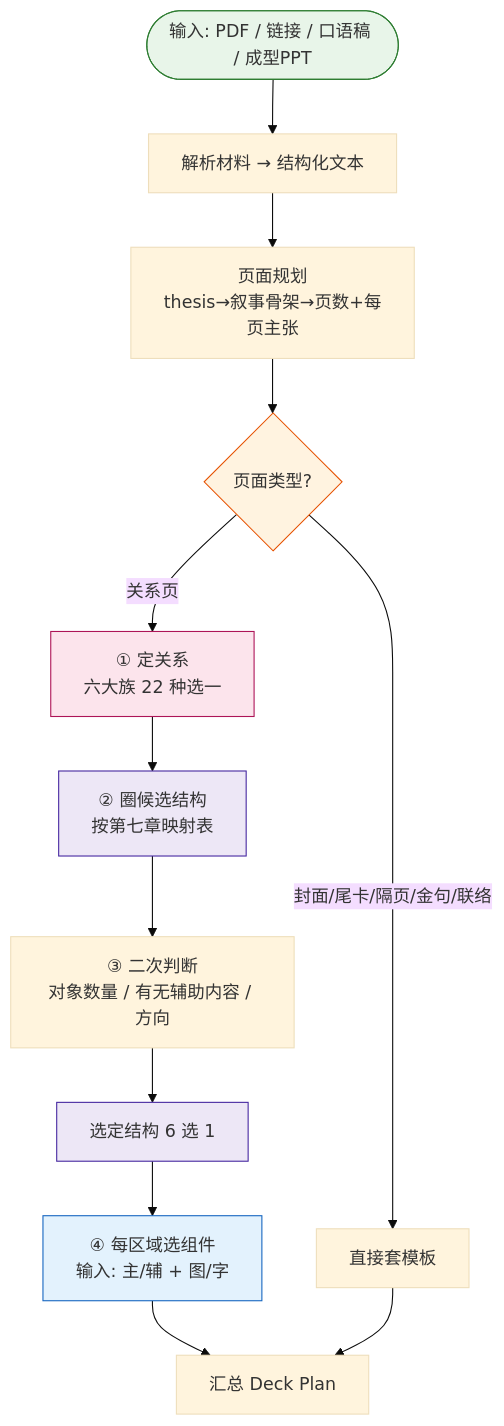
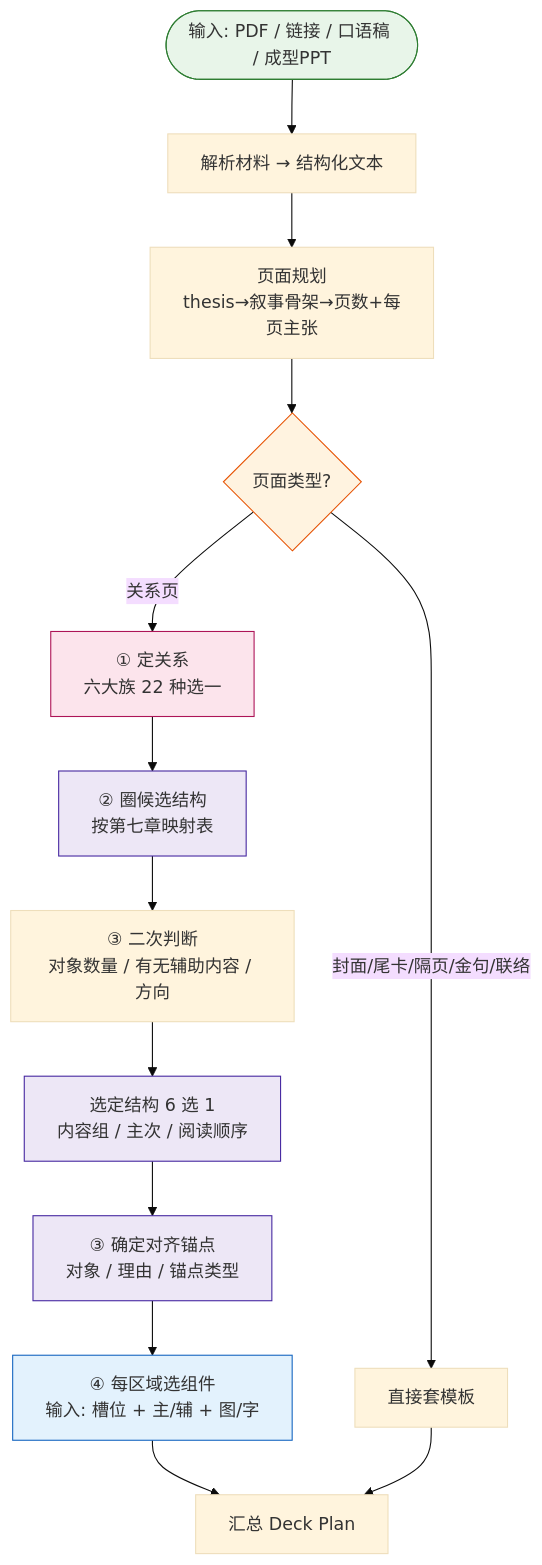
Before and after one commit to WiseWong6/wise-ppt: the diagram in skill-design.md, drawn with Mermaid (base theme). The commit also changed other lines of this file and 16 other files, not shown here.

````diff
--- a/skill-design.md
+++ b/skill-design.md
@@ -10,29 +10,32 @@
 ```mermaid
 flowchart TD
     Start([输入: PDF / 链接 / 口语稿 / 成型PPT]) --> Parse[解析材料 → 结构化文本]
 
     Parse --> Plan[页面规划<br/>thesis→叙事骨架→页数+每页主张]
 
     Plan --> PType{页面类型?}
     PType -->|"封面/尾卡/隔页/金句/联络"| Template[直接套模板]
     PType -->|关系页| Relation[① 定关系<br/>六大族 22 种选一]
 
     Relation --> Struct[② 圈候选结构<br/>按第七章映射表]
 
     Struct --> Judge[③ 二次判断<br/>对象数量 / 有无辅助内容 / 方向]
 
-    Judge --> Sel[选定结构 6 选 1]
+    Judge --> Sel[选定结构 6 选 1<br/>内容组 / 主次 / 阅读顺序]
 
-    Sel --> Comp[④ 每区域选组件<br/>输入: 主/辅 + 图/字]
+    Sel --> Align[③ 确定对齐锚点<br/>对象 / 理由 / 锚点类型]
+
+    Align --> Comp[④ 每区域选组件<br/>输入: 槽位 + 主/辅 + 图/字]
 
     Comp --> Deck[汇总 Deck Plan]
 
     Template --> Deck
 
     style Start fill:#e8f5e9,stroke:#2e7d32
     style PType fill:#fff3e0,stroke:#e65100
     style Relation fill:#fce4ec,stroke:#ad1457
     style Struct fill:#ede7f6,stroke:#4527a0
     style Sel fill:#ede7f6,stroke:#4527a0
+    style Align fill:#ede7f6,stroke:#4527a0
     style Comp fill:#e3f2fd,stroke:#1565c0
 ```
````
